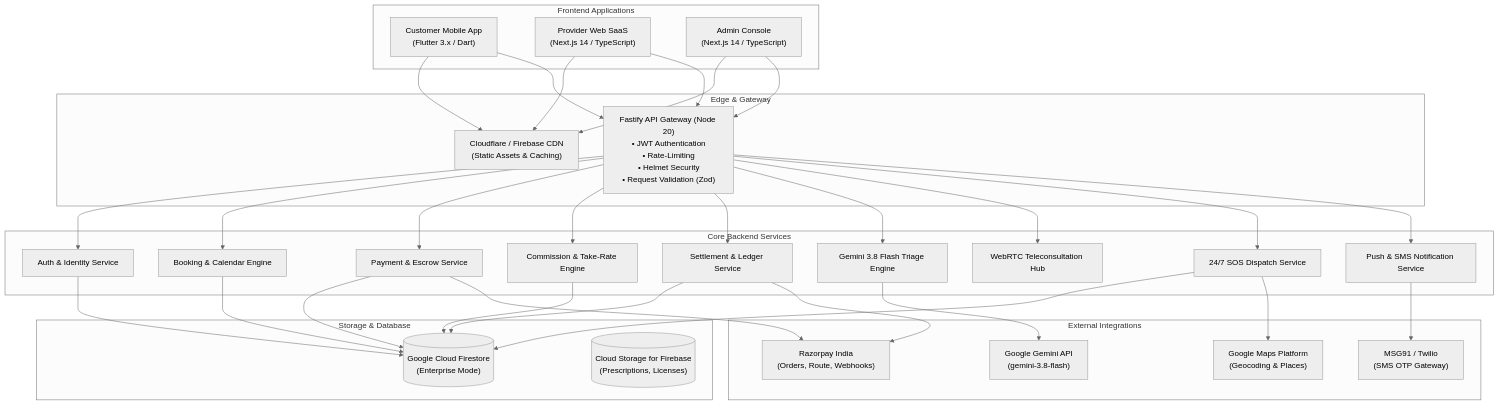
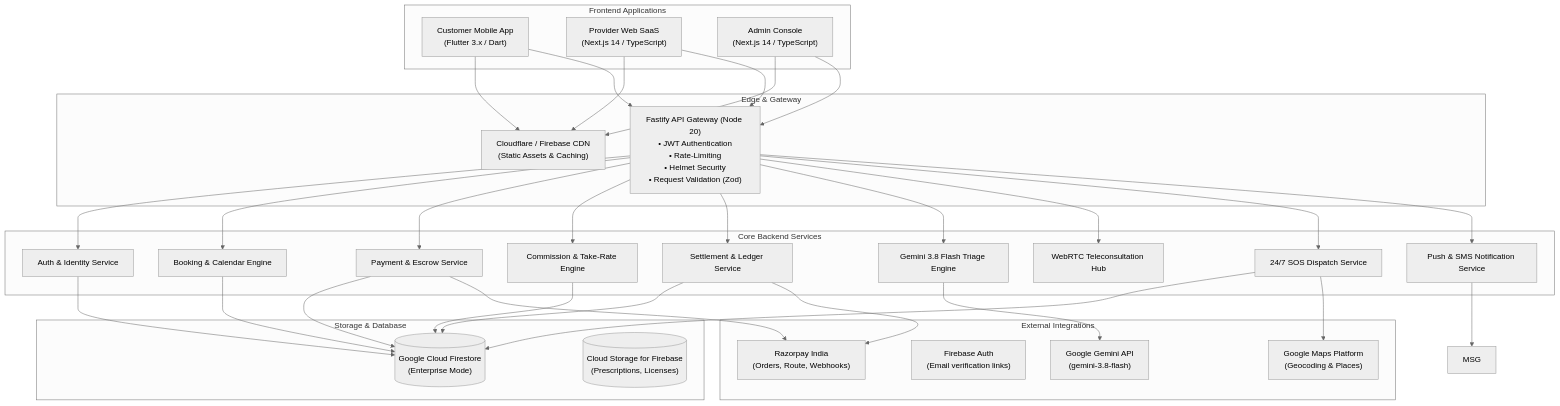
Before and after one commit to bathi2389-code/petwo: the diagram in docs/ARCHITECTURE.md, drawn with Mermaid (neutral theme). The commit also changed other lines of this file and 87 other files, not shown here.

Commit message:
Implement Firebase email verification and auth hardening

````diff
--- a/docs/ARCHITECTURE.md
+++ b/docs/ARCHITECTURE.md
@@ -11,56 +11,56 @@
 ```mermaid
 graph TD
     subgraph Clients["Frontend Applications"]
         CA["Customer Mobile App\n(Flutter 3.x / Dart)"]
         PW["Provider Web SaaS\n(Next.js 14 / TypeScript)"]
         AW["Admin Console\n(Next.js 14 / TypeScript)"]
     end
 
     subgraph Gateway["Edge & Gateway"]
         CDN["Cloudflare / Firebase CDN\n(Static Assets & Caching)"]
         FA["Fastify API Gateway (Node 20)\n• JWT Authentication\n• Rate-Limiting\n• Helmet Security\n• Request Validation (Zod)"]
     end
 
     subgraph Services["Core Backend Services"]
         AUTH_S["Auth & Identity Service"]
         BOOKING_S["Booking & Calendar Engine"]
         PAYMENT_S["Payment & Escrow Service"]
         COMMISSION_S["Commission & Take-Rate Engine"]
         SETTLEMENT_S["Settlement & Ledger Service"]
         AI_S["Gemini 3.8 Flash Triage Engine"]
         TELE_S["WebRTC Teleconsultation Hub"]
         EMERGENCY_S["24/7 SOS Dispatch Service"]
         NOTIF_S["Push & SMS Notification Service"]
     end
 
     subgraph Persistence["Storage & Database"]
         FS[("Google Cloud Firestore\n(Enterprise Mode)")]
         GCS[("Cloud Storage for Firebase\n(Prescriptions, Licenses)")]
     end
 
     subgraph External["External Integrations"]
         RZP["Razorpay India\n(Orders, Route, Webhooks)"]
-        MSG["MSG91 / Twilio\n(SMS OTP Gateway)"]
+        FIREBASE_AUTH["Firebase Auth\n(Email verification links)"]
         GEMINI["Google Gemini API\n(gemini-3.8-flash)"]
         MAPS["Google Maps Platform\n(Geocoding & Places)"]
     end
 
     CA --> CDN
     PW --> CDN
     AW --> CDN
 
     CA --> FA
     PW --> FA
     AW --> FA
 
     FA --> AUTH_S & BOOKING_S & PAYMENT_S & COMMISSION_S & SETTLEMENT_S & AI_S & TELE_S & EMERGENCY_S & NOTIF_S
 
     AUTH_S --> FS
     BOOKING_S --> FS
     PAYMENT_S --> FS & RZP
     COMMISSION_S --> FS
     SETTLEMENT_S --> FS & RZP
     AI_S --> GEMINI
     EMERGENCY_S --> FS & MAPS
     NOTIF_S --> MSG
 ```
````
